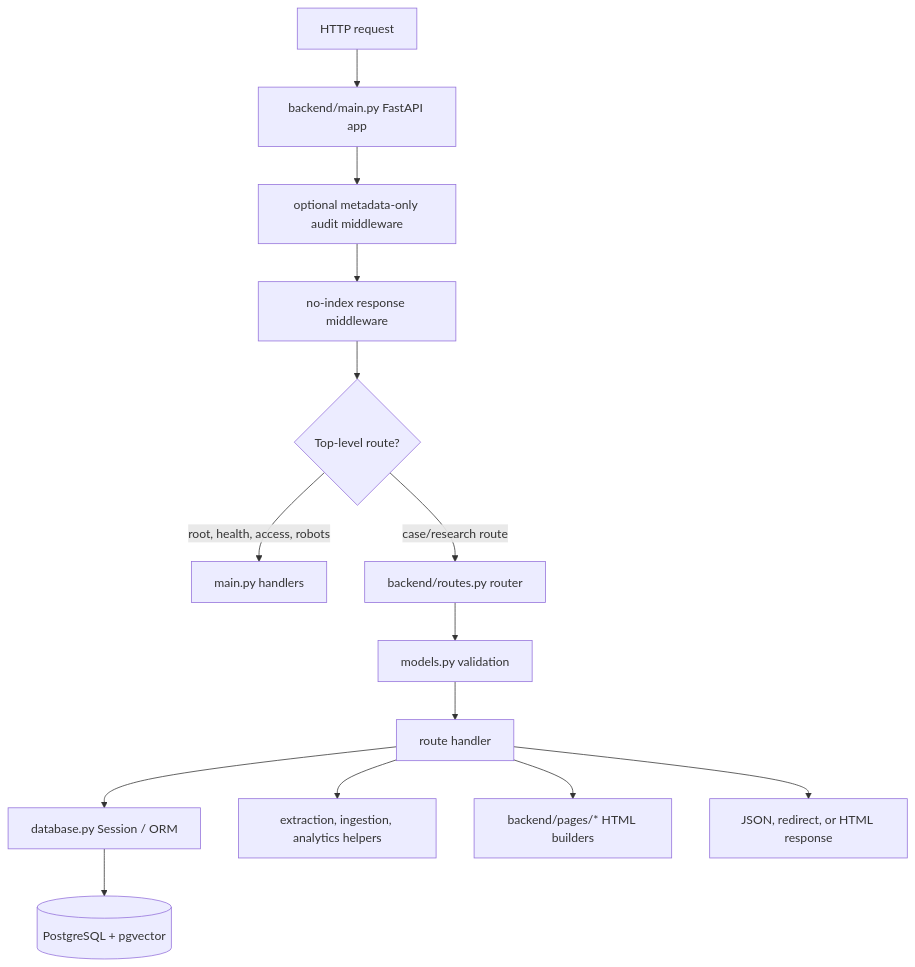
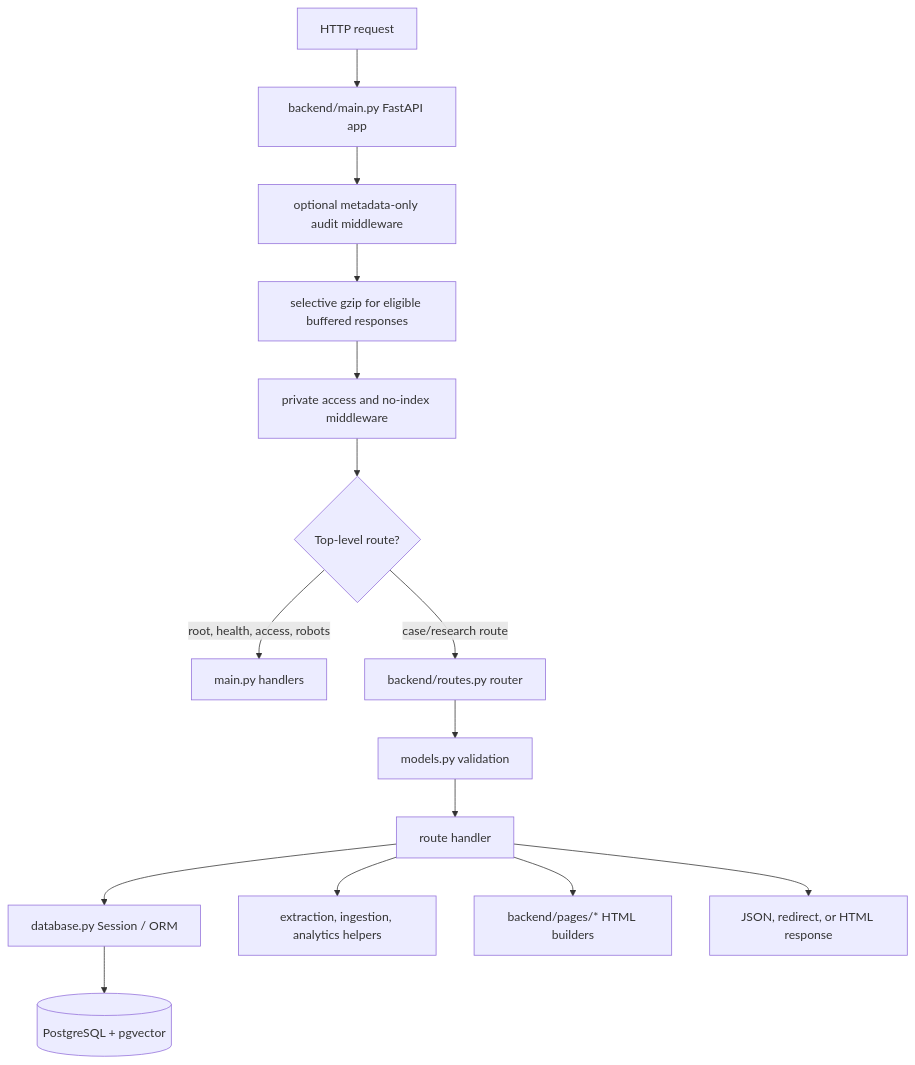
One commit to greystone-dan/LitIntelproject changed the diagram in .swm/1.oi7rhqp2.sw.md. Above: the diagram before and after it, drawn with Mermaid. The commit also changed other lines of this file and 16 other files, not shown here.

````diff
--- a/.swm/1.oi7rhqp2.sw.md
+++ b/.swm/1.oi7rhqp2.sw.md
@@ -47,16 +54,17 @@
 ```mermaid
 flowchart TD
 	 Request[HTTP request] --> App[backend/main.py FastAPI app]
 	 App --> Audit[optional metadata-only audit middleware]
-	 Audit --> Middleware[no-index response middleware]
+	 Audit --> GZip[selective gzip for eligible buffered responses]
+	 GZip --> Middleware[private access and no-index middleware]
 	 Middleware --> TopLevel{Top-level route?}
 	 TopLevel -->|root, health, access, robots| MainRoutes[main.py handlers]
 	 TopLevel -->|case/research route| Router[backend/routes.py router]
 	 Router --> Validate[models.py validation]
 	 Validate --> Handler[route handler]
 	 Handler --> Database[database.py Session / ORM]
 	 Handler --> Helpers[extraction, ingestion, analytics helpers]
 	 Handler --> PageModules[backend/pages/* HTML builders]
 	 Database --> PostgreSQL[(PostgreSQL + pgvector)]
 	 Handler --> Response[JSON, redirect, or HTML response]
 ```
````
